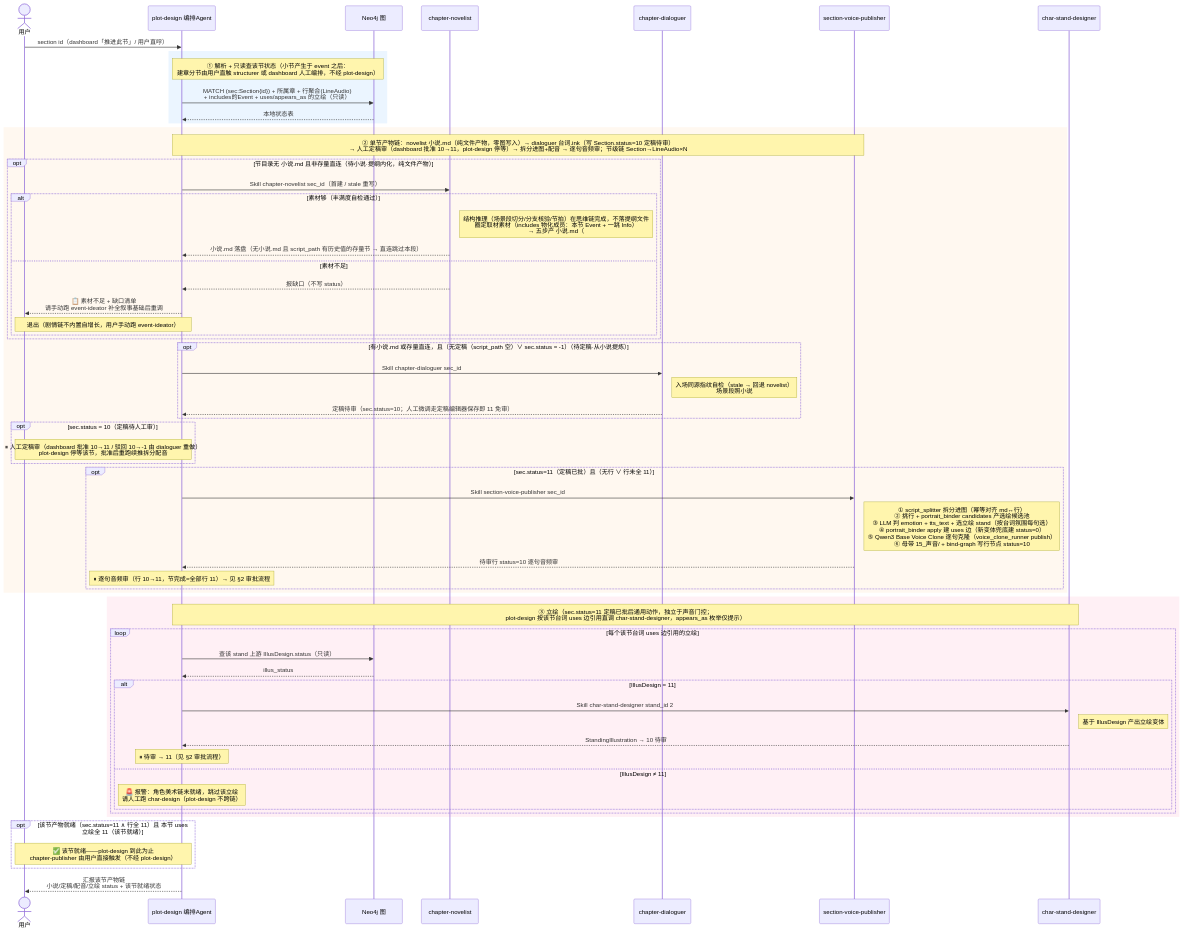
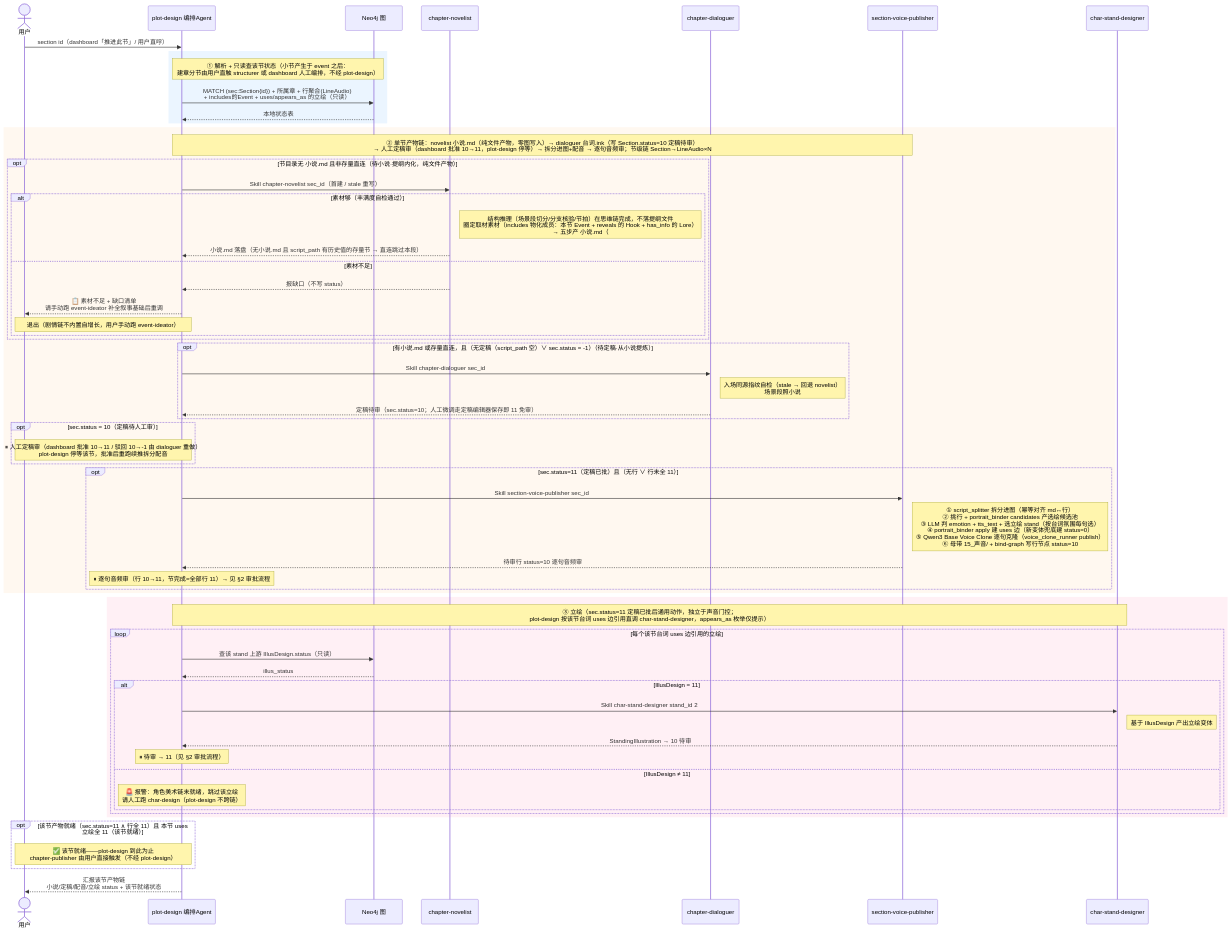
One commit to CrazyJinn/ProxyLove changed the fifth of 5 diagrams in README.md. Above: the diagram before and after it, drawn with Mermaid. The commit also changed other lines of this file and 60 other files, not shown here.

````diff
--- a/README.md
+++ b/README.md
@@ -333,69 +333,69 @@
 ```mermaid
 sequenceDiagram
     actor U as 用户
     participant A as plot-design 编排Agent
     participant DB as Neo4j 图
     participant NV as chapter-novelist
     participant DG as chapter-dialoguer
     participant SV as section-voice-publisher
     participant Stand as char-stand-designer
 
     U->>A: section id（dashboard「推进此节」/ 用户直呼）
 
     rect rgb(235, 245, 255)
     Note over A,DB: ① 解析 + 只读查该节状态（小节产生于 event 之后：<br/>建章分节由用户直触 structurer 或 dashboard 人工编排，不经 plot-design）
     A->>DB: MATCH (sec:Section{id}) + 所属章 + 行聚合(LineAudio)<br/>+ includes的Event + uses/appears_as 的立绘（只读）
     DB-->>A: 本地状态表
     end
 
     rect rgb(255, 248, 240)
     Note over A,SV: ② 单节产物链：novelist 小说.md（纯文件产物，零图写入）→ dialoguer 台词.ink（写 Section.status=10 定稿待审）<br/>→ 人工定稿审（dashboard 批准 10→11，plot-design 停等）→ 拆分进图+配音 → 逐句音频审；节级链 Section→LineAudio×N
     opt 节目录无 小说.md 且非存量直连（待小说·提纲内化，纯文件产物）
         A->>NV: Skill chapter-novelist sec_id（首建 / stale 重写）
         alt 素材够（丰满度自检通过）
-            Note right of NV: 结构推理（场景段切分/分支核验/节拍）在思维链完成，不落提纲文件<br/>圈定取材素材（includes 物化成员：本节 Event + 一跳 Info）<br/>→ 五步产 小说.md（### 场景段标题 = 拓扑契约），零图写入<br/>头部取材指纹（fingerprint.py）<br/>stale 重写时显式作废定稿链（sec.status=-1 + 行 -1）<br/>对账新实体 → 建议 JSON（人工经 dashboard 审入库）
+            Note right of NV: 结构推理（场景段切分/分支核验/节拍）在思维链完成，不落提纲文件<br/>圈定取材素材（includes 物化成员：本节 Event + reveals 的 Hook + has_info 的 Lore）<br/>→ 五步产 小说.md（### 场景段标题 = 拓扑契约），零图写入<br/>头部取材指纹（fingerprint.py）<br/>stale 重写时显式作废定稿链（sec.status=-1 + 行 -1）<br/>对账新实体 → 建议 JSON（人工经 dashboard 审入库）
             NV-->>A: 小说.md 落盘（无小说.md 且 script_path 有历史值的存量节 → 直连跳过本段）
         else 素材不足
             NV-->>A: 报缺口（不写 status）
             A-->>U: 📋 素材不足 + 缺口清单<br/>请手动跑 event-ideator 补全叙事基础后重调
             Note over A,U: 退出（剧情链不内置自增长，用户手动跑 event-ideator）
         end
     end
     opt 有小说.md 或存量直连，且（无定稿（script_path 空）∨ sec.status = -1）（待定稿·从小说提炼）
         A->>DG: Skill chapter-dialoguer sec_id
         Note right of DG: 入场同源指纹自检（stale → 回退 novelist）<br/>场景段照小说 ### 标题、分支照图 Choice<br/>从本节小说提炼逐句对话（纯台词，不写演出标注）<br/>产出 台词.ink，SET sec.script_path + sec.status=10
         DG-->>A: 定稿待审（sec.status=10；人工微调走定稿编辑器保存即 11 免审）
     end
     opt sec.status = 10（定稿待人工审）
         Note over A,U: ⏸ 人工定稿审（dashboard 批准 10→11 / 驳回 10→-1 由 dialoguer 重做）<br/>plot-design 停等该节，批准后重跑续推拆分配音
     end
     opt sec.status=11（定稿已批）且（无行 ∨ 行未全 11）
         A->>SV: Skill section-voice-publisher sec_id
         Note right of SV: ① script_splitter 拆分进图（幂等对齐 md↔行）<br/>② 挑行 + portrait_binder candidates 产选绘候选池<br/>③ LLM 判 emotion + tts_text + 选立绘 stand（按台词氛围每句选）<br/>④ portrait_binder apply 建 uses 边（新变体兜底建 status=0）<br/>⑤ Qwen3 Base Voice Clone 逐句克隆（voice_clone_runner publish）<br/>⑥ 母带 15_声音/ + bind-graph 写行节点 status=10
         SV-->>A: 待审行 status=10 逐句音频审
         Note over A: ⏸ 逐句音频审（行 10→11，节完成=全部行 11）→ 见 §2 审批流程
     end
     end
 
     rect rgb(255, 240, 245)
     Note over A,Stand: ③ 立绘（sec.status=11 定稿已批后通用动作，独立于声音门控；<br/>plot-design 按该节台词 uses 边引用直调 char-stand-designer，appears_as 枚举仅提示）
     loop 每个该节台词 uses 边引用的立绘
         A->>DB: 查该 stand 上游 IllusDesign.status（只读）
         DB-->>A: illus_status
         alt IllusDesign = 11
             A->>Stand: Skill char-stand-designer stand_id 2
             Note right of Stand: 基于 IllusDesign 产出立绘变体
             Stand-->>A: StandingIllustration → 10 待审
             Note over A: ⏸ 待审 → 11（见 §2 审批流程）
         else IllusDesign ≠ 11
             Note over A: 🚨 报警：角色美术链未就绪，跳过该立绘<br/>请人工跑 char-design（plot-design 不跨链）
         end
     end
     end
 
     opt 该节产物就绪（sec.status=11 ∧ 行全 11）且 本节 uses 立绘全 11（该节就绪）
         Note over A,U: ✅ 该节就绪——plot-design 到此为止<br/>chapter-publisher 由用户直接触发（不经 plot-design）
     end
 
     A-->>U: 汇报该节产物链<br/>小说/定稿/配音/立绘 status + 该节就绪状态
 ```
````
